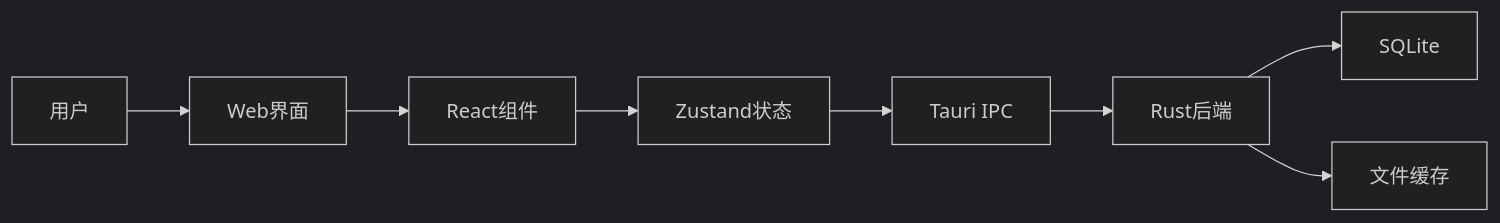
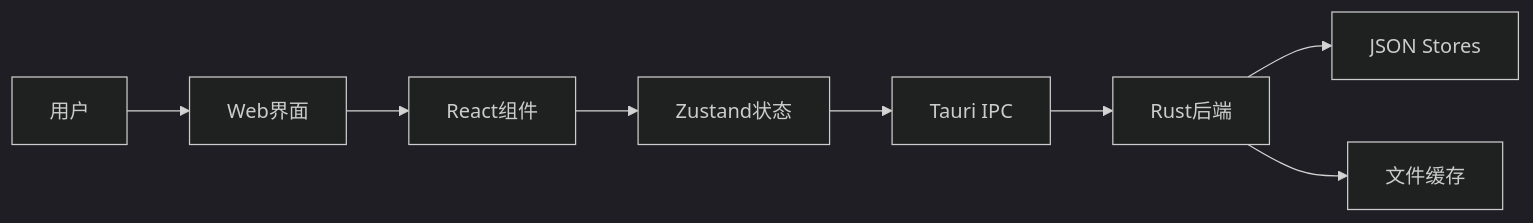
One commit to AstroAir/skymap-test changed the diagram in docs/developer-guide/architecture/index.md. Above: the diagram before and after it, drawn with Mermaid (dark theme). The commit also changed 12 other files, not shown here.

````diff
--- a/docs/developer-guide/architecture/index.md
+++ b/docs/developer-guide/architecture/index.md
@@ -32,10 +32,10 @@
 ```mermaid
 graph LR
     A[用户] --> B[Web界面]
     B --> C[React组件]
     C --> D[Zustand状态]
     D --> E[Tauri IPC]
     E --> F[Rust后端]
-    F --> G[SQLite]
+    F --> G[JSON Stores]
     F --> H[文件缓存]
 ```
````
